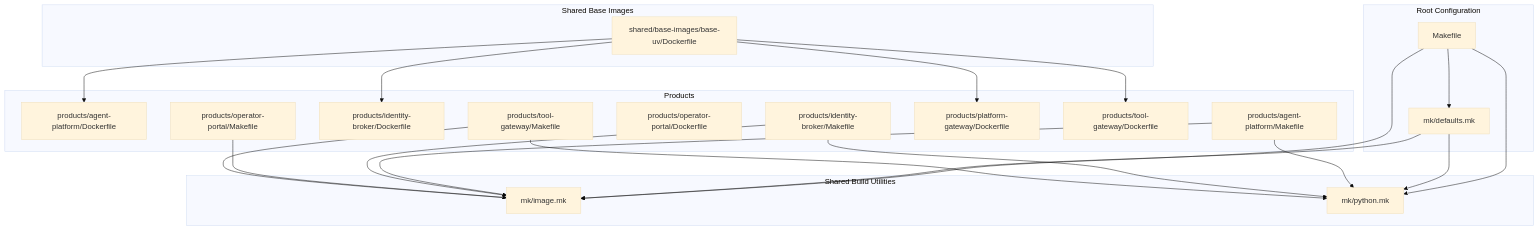
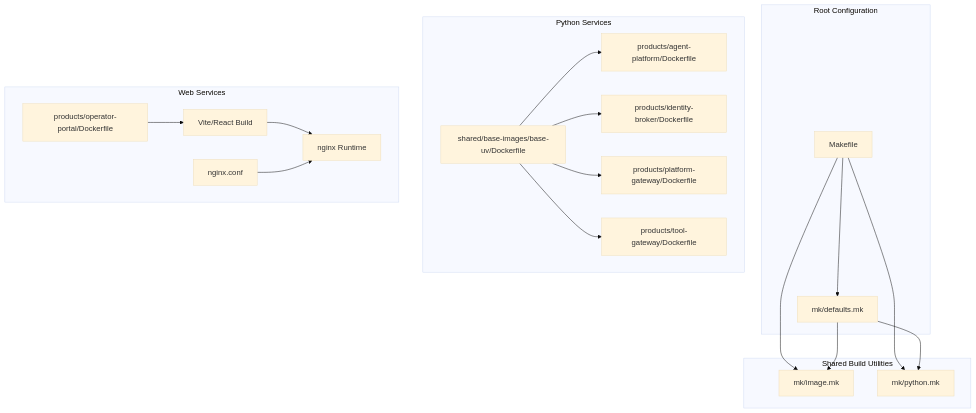
The first of 6 diagrams in .qoder/repowiki/en/content/Deployment and Operations/Container Build and Management.md (metasync/luban-aiops), drawn with Mermaid (base theme) before and after one commit. The commit also changed other lines of this file and 51 other files, not shown here.

````diff
--- a/.qoder/repowiki/en/content/Deployment and Operations/Container Build and Management.md
+++ b/.qoder/repowiki/en/content/Deployment and Operations/Container Build and Management.md
@@ -49,41 +54,36 @@
 ```mermaid
 graph TB
 subgraph "Root Configuration"
 R_Make["Makefile"]
 D_Defaults["mk/defaults.mk"]
 end
 subgraph "Shared Build Utilities"
 MK_Image["mk/image.mk"]
 MK_Python["mk/python.mk"]
 end
-subgraph "Shared Base Images"
+subgraph "Python Services"
 Base_UV["shared/base-images/base-uv/Dockerfile"]
-end
-subgraph "Products"
 AP_Df["products/agent-platform/Dockerfile"]
-AP_Mk["products/agent-platform/Makefile"]
 IB_Df["products/identity-broker/Dockerfile"]
-IB_Mk["products/identity-broker/Makefile"]
-OP_Df["products/operator-portal/Dockerfile"]
-OP_Mk["products/operator-portal/Makefile"]
 PG_Df["products/platform-gateway/Dockerfile"]
 TG_Df["products/tool-gateway/Dockerfile"]
-TG_Mk["products/tool-gateway/Makefile"]
+end
+subgraph "Web Services"
+OP_Df["products/operator-portal/Dockerfile"]
+OP_Nginx["nginx.conf"]
+Vite_Build["Vite/React Build"]
+Nginx_Runtime["nginx Runtime"]
 end
 R_Make --> D_Defaults
 R_Make --> MK_Image
 R_Make --> MK_Python
 D_Defaults --> MK_Image
 D_Defaults --> MK_Python
 Base_UV --> AP_Df
 Base_UV --> IB_Df
 Base_UV --> PG_Df
 Base_UV --> TG_Df
-AP_Mk --> MK_Image
-AP_Mk --> MK_Python
-IB_Mk --> MK_Image
-IB_Mk --> MK_Python
-OP_Mk --> MK_Image
-TG_Mk --> MK_Image
-TG_Mk --> MK_Python
+OP_Df --> Vite_Build
+Vite_Build --> Nginx_Runtime
+OP_Nginx --> Nginx_Runtime
 ```
````
